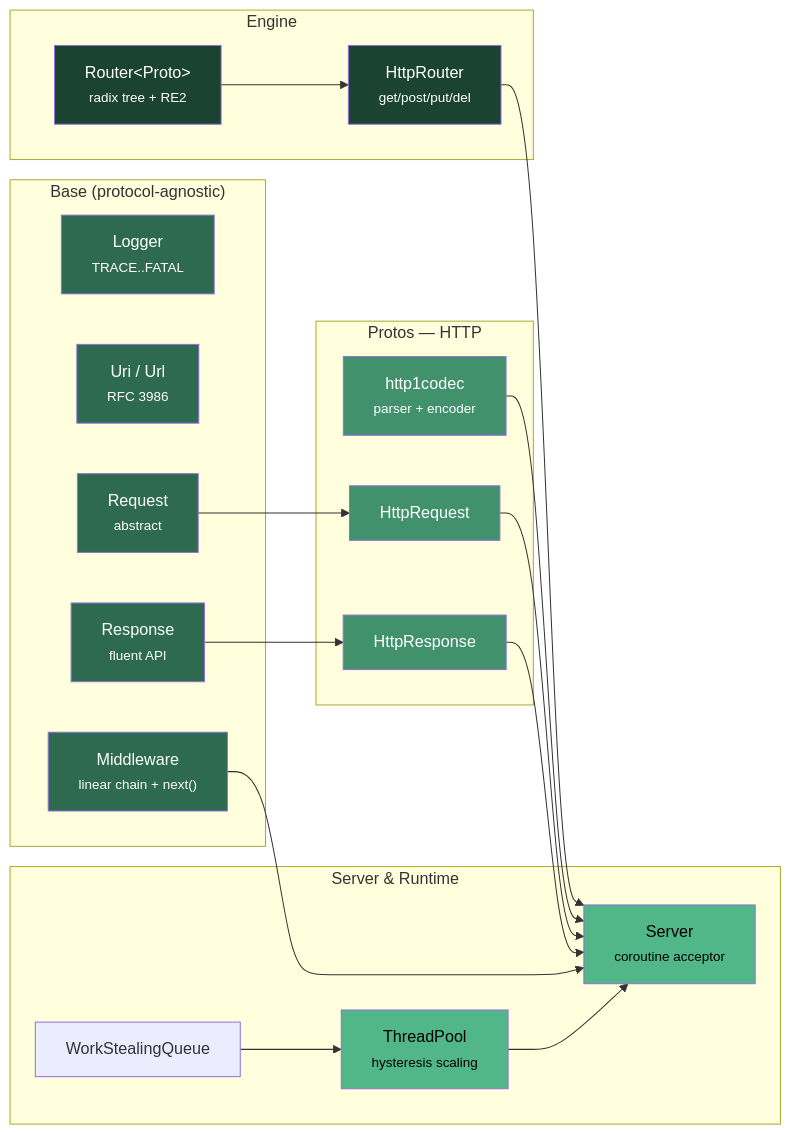
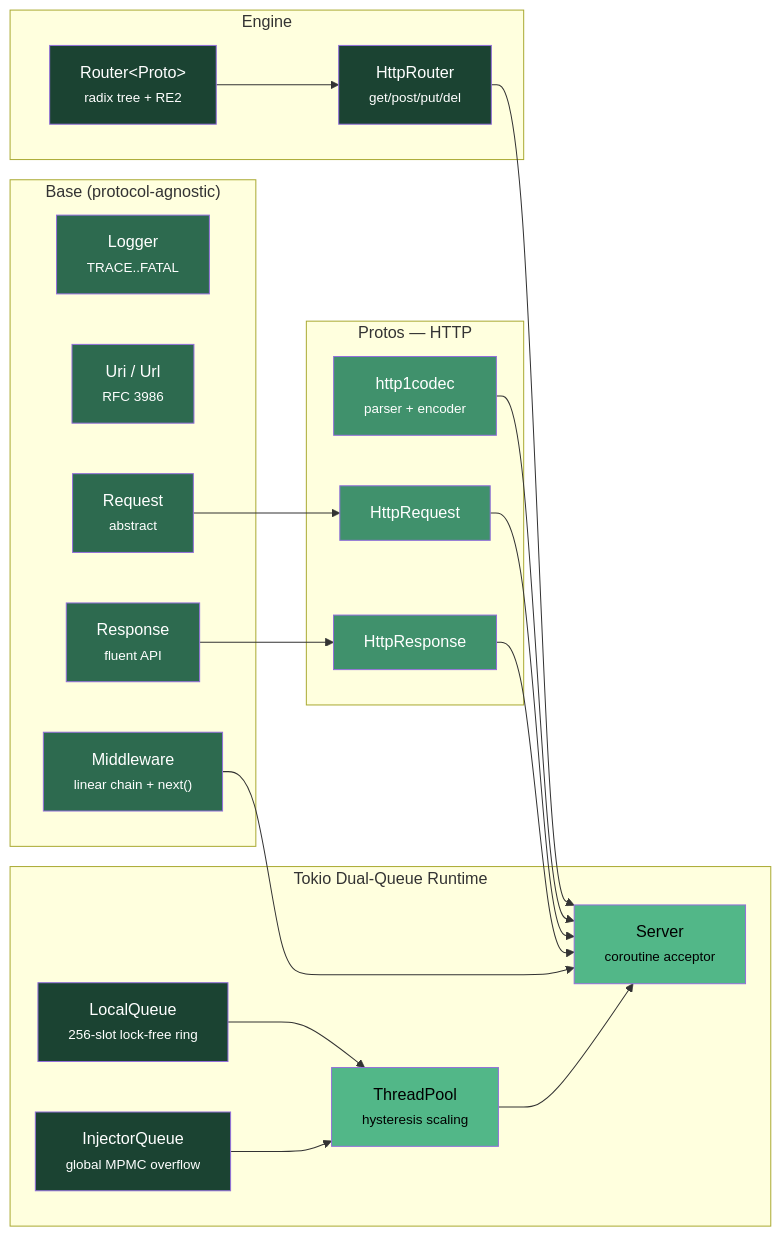
Before and after one commit to Jyotipm05/Nexus: the diagram in README.md, drawn with Mermaid. The commit also changed other lines of this file and 31 other files, not shown here.

````diff
--- a/README.md
+++ b/README.md
@@ -82,51 +87,55 @@
 ```mermaid
 graph LR
     subgraph "Base (protocol-agnostic)"
         Logger["Logger<br/><small>TRACE..FATAL</small>"]
         Uri["Uri / Url<br/><small>RFC 3986</small>"]
         Req["Request<br/><small>abstract</small>"]
         Res["Response<br/><small>fluent API</small>"]
         MW["Middleware<br/><small>linear chain + next()</small>"]
     end
 
     subgraph "Engine"
         Router["Router&lt;Proto&gt;<br/><small>radix tree + RE2</small>"]
         HttpRouter["HttpRouter<br/><small>get/post/put/del</small>"]
         Router --> HttpRouter
     end
 
-    subgraph "Server & Runtime"
-        Queue["WorkStealingQueue"]
+    subgraph "Tokio Dual-Queue Runtime"
+        LocalQ["LocalQueue<br/><small>256-slot lock-free ring</small>"]
+        InjQ["InjectorQueue<br/><small>global MPMC overflow</small>"]
         Pool["ThreadPool<br/><small>hysteresis scaling</small>"]
         Server["Server<br/><small>coroutine acceptor</small>"]
-        Queue --> Pool
+        LocalQ --> Pool
+        InjQ --> Pool
         Pool --> Server
     end
 
     subgraph "Protos — HTTP"
         Codec["http1codec<br/><small>parser + encoder</small>"]
         HReq["HttpRequest"]
         HRes["HttpResponse"]
         HReq --> Server
         HRes --> Server
     end
 
     Req --> HReq
     Res --> HRes
     HttpRouter --> Server
     MW --> Server
     Codec --> Server
 
     style Logger fill:#2d6a4f,color:#fff
     style Uri fill:#2d6a4f,color:#fff
     style Req fill:#2d6a4f,color:#fff
     style Res fill:#2d6a4f,color:#fff
     style MW fill:#2d6a4f,color:#fff
     style Router fill:#1b4332,color:#fff
     style HttpRouter fill:#1b4332,color:#fff
     style Codec fill:#40916c,color:#fff
     style HReq fill:#40916c,color:#fff
     style HRes fill:#40916c,color:#fff
     style Server fill:#52b788,color:#000
+    style LocalQ fill:#1b4332,color:#fff
+    style InjQ fill:#1b4332,color:#fff
     style Pool fill:#52b788,color:#000
 ```
````
